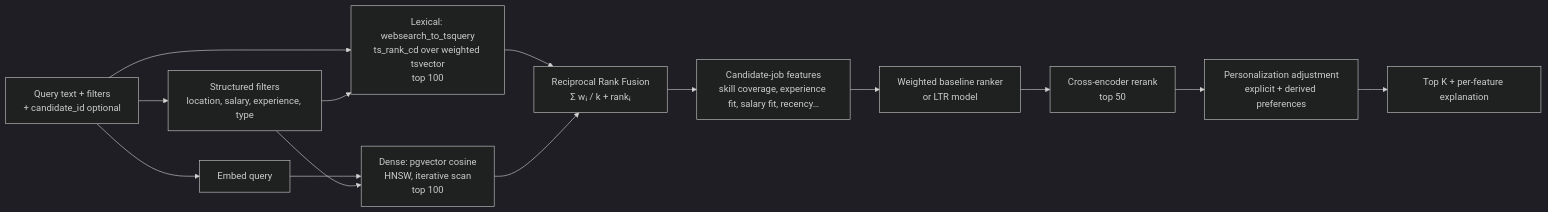
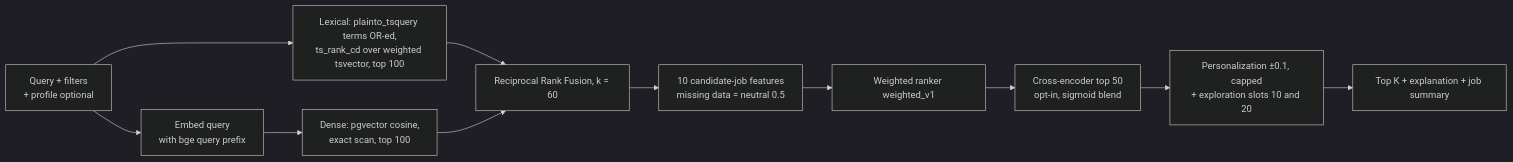
Before and after one commit to afreenanz/talent-intelligence-engine: the third of 3 diagrams in docs/architecture.md, drawn with Mermaid (dark theme). The commit also changed other lines of this file and 11 other files, not shown here.

````diff
--- a/docs/architecture.md
+++ b/docs/architecture.md
@@ -140,13 +105,11 @@
 ```mermaid
 flowchart LR
-    Q[Query text + filters<br/>+ candidate_id optional] --> F[Structured filters<br/>location, salary, experience, type]
-    Q --> LEX[Lexical: websearch_to_tsquery<br/>ts_rank_cd over weighted tsvector<br/>top 100]
-    Q --> QE[Embed query] --> DEN[Dense: pgvector cosine<br/>HNSW, iterative scan<br/>top 100]
-    F --> LEX & DEN
-    LEX & DEN --> RRF[Reciprocal Rank Fusion<br/>Σ wᵢ / k + rankᵢ]
-    RRF --> FEAT[Candidate-job features<br/>skill coverage, experience fit, salary fit, recency…]
-    FEAT --> BASE[Weighted baseline ranker<br/>or LTR model]
-    BASE --> CE[Cross-encoder rerank<br/>top 50]
-    CE --> P[Personalization adjustment<br/>explicit + derived preferences]
-    P --> OUT[Top K + per-feature explanation]
+    Q[Query + filters<br/>+ profile optional] --> LEX[Lexical: plainto_tsquery terms OR-ed,<br/>ts_rank_cd over weighted tsvector, top 100]
+    Q --> QE[Embed query<br/>with bge query prefix] --> DEN[Dense: pgvector cosine,<br/>exact scan, top 100]
+    LEX & DEN --> RRF[Reciprocal Rank Fusion, k = 60]
+    RRF --> FEAT[10 candidate-job features<br/>missing data = neutral 0.5]
+    FEAT --> BASE[Weighted ranker weighted_v1]
+    BASE --> CE[Cross-encoder top 50<br/>opt-in, sigmoid blend]
+    CE --> P[Personalization ±0.1, capped<br/>+ exploration slots 10 and 20]
+    P --> OUT[Top K + explanation + job summary]
 ```
````
